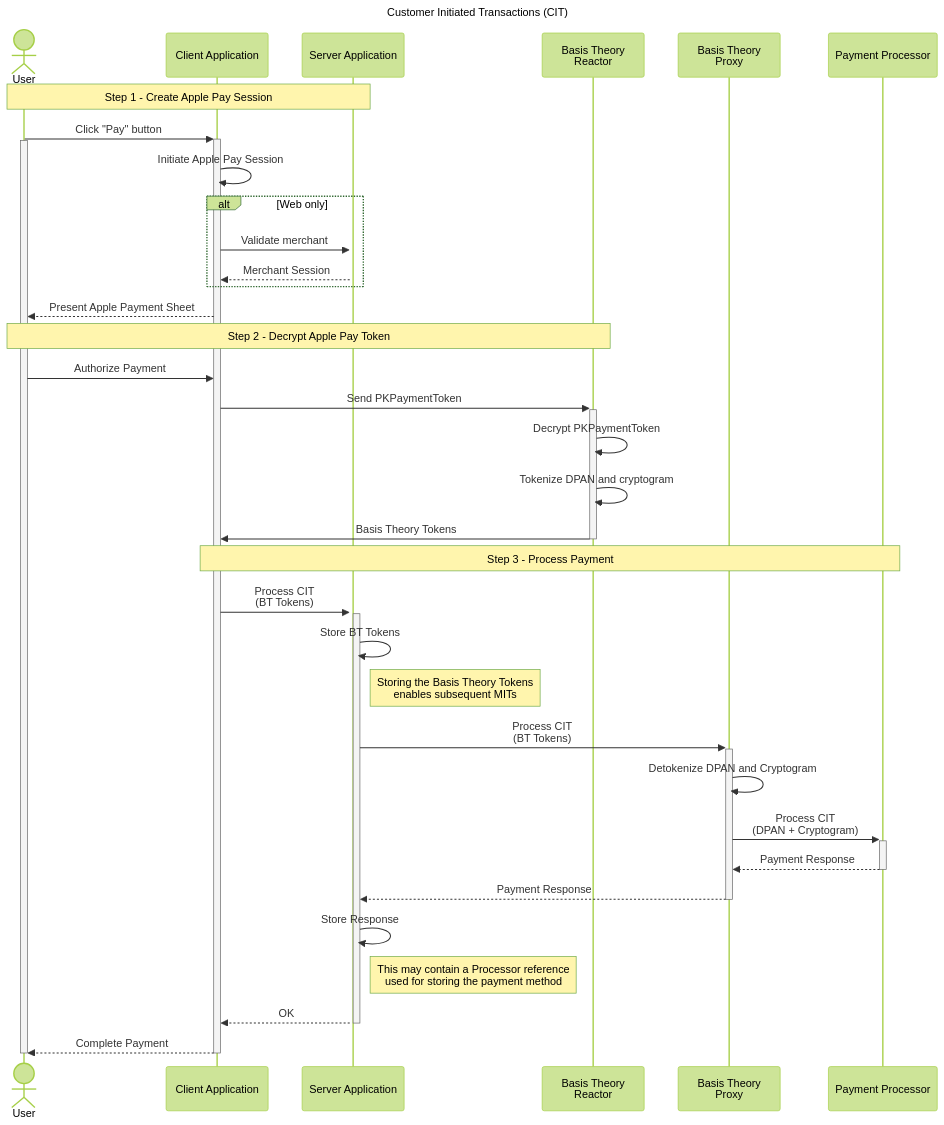
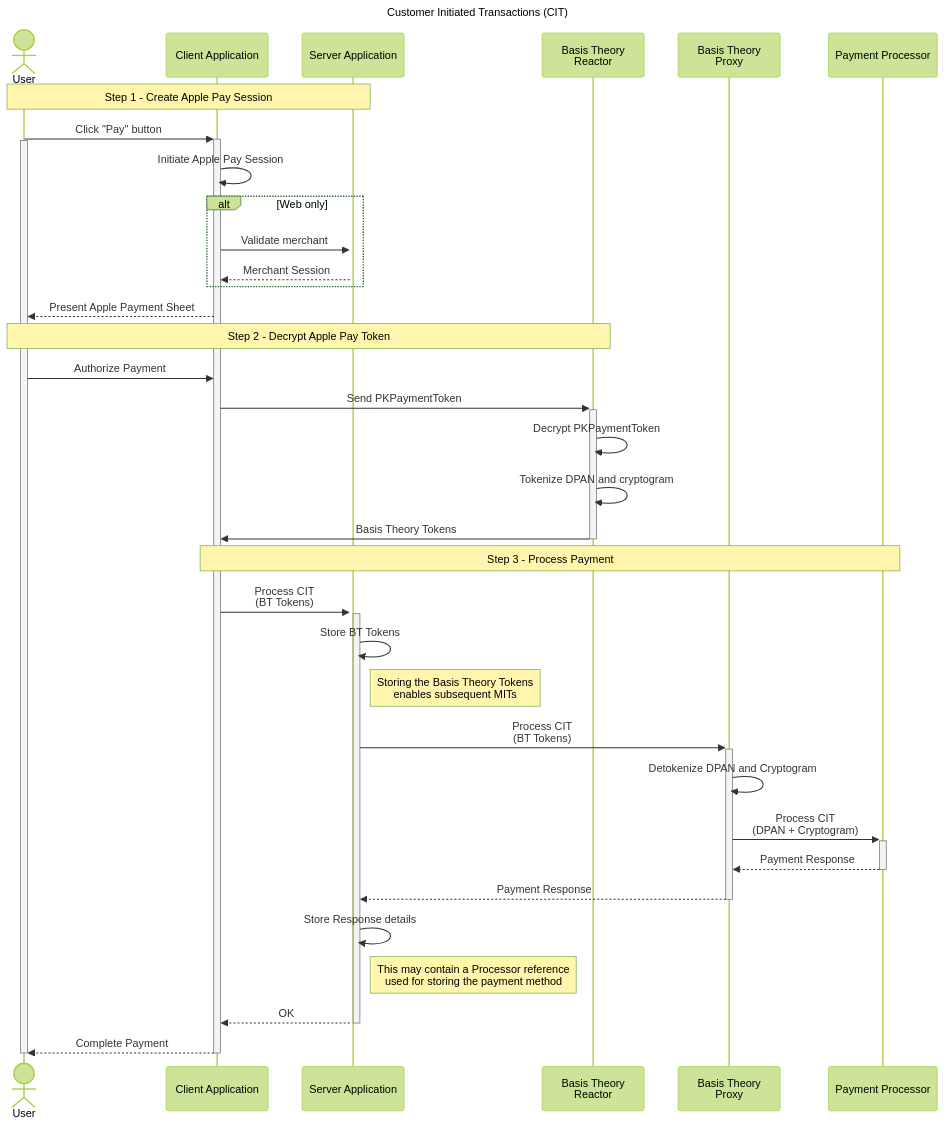
Before and after one commit to Basis-Theory/developers.basistheory.com: the first of 2 diagrams in docs/guides/apple-pay/accept.mdx, drawn with Mermaid (forest theme). The commit also changed other lines of this file and 2 other files, not shown here.

````diff
--- a/docs/guides/apple-pay/accept.mdx
+++ b/docs/guides/apple-pay/accept.mdx
@@ -27,41 +27,41 @@
 ```mermaid
   sequenceDiagram
     title Customer Initiated Transactions (CIT)
 
     actor u as User
     participant app as Client Application
     participant sa as Server Application
     participant btr as Basis Theory <br> Reactor
     participant btp as Basis Theory <br> Proxy
     participant psp as Payment Processor
 
     note over u, sa: Step 1 - Create Apple Pay Session
     u ->>+ app:  Click "Pay" button
     activate u
     app ->> app: Initiate Apple Pay Session
     alt Web only
         app ->>+ sa: Validate merchant
         sa -->> app: Merchant Session
     end
     app -->> u: Present Apple Payment Sheet
     note over u, btr: Step 2 - Decrypt Apple Pay Token
     u ->> app: Authorize Payment
     app ->>+ btr: Send PKPaymentToken
     btr ->> btr: Decrypt PKPaymentToken
     btr ->> btr: Tokenize DPAN and cryptogram
     btr ->>- app: Basis Theory Tokens
     note over app, psp: Step 3 - Process Payment
     app ->>+ sa: Process CIT <br> (BT Tokens)
     sa ->> sa: Store BT Tokens
     note right of sa: Storing the Basis Theory Tokens <br> enables subsequent MITs
     sa ->>+ btp: Process CIT <br> (BT Tokens)
     btp ->> btp: Detokenize DPAN and Cryptogram
     btp ->>+ psp: Process CIT <br> (DPAN + Cryptogram)
     psp -->>- btp: Payment Response
     btp -->>- sa: Payment Response
-    sa ->> sa: Store Response
+    sa ->> sa: Store Response details
     note right of sa: This may contain a Processor reference <br> used for storing the payment method
     sa -->>- app: OK
     app -->>- u: Complete Payment
     deactivate u
 ```
````
